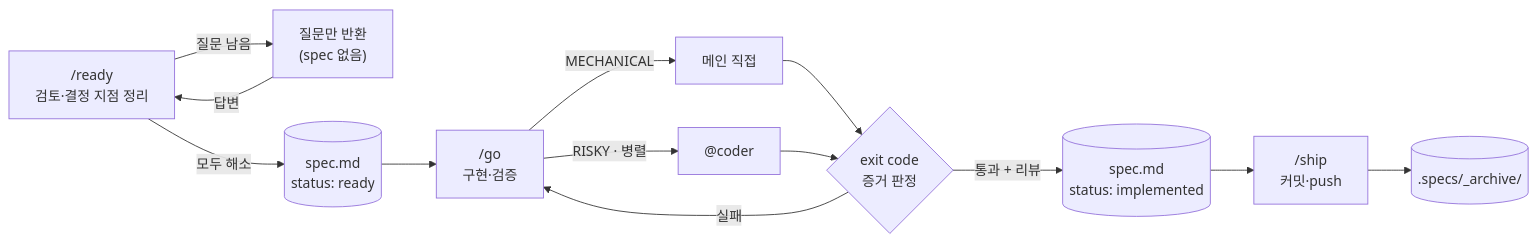
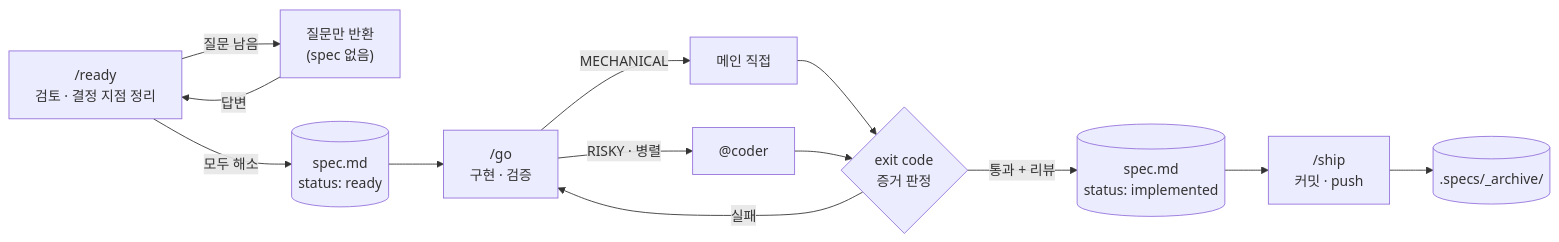
The second of 2 diagrams in README.md (95hyun/my-machina), drawn with Mermaid before and after one commit. The commit also changed other lines of this file and 3 other files, not shown here.

````diff
--- a/README.md
+++ b/README.md
@@ -76,15 +101,15 @@
 ```mermaid
 flowchart LR
-    R["/ready<br/>검토·결정 지점 정리"] -->|질문 남음| Q["질문만 반환<br/>(spec 없음)"]
+    R["/ready<br/>검토 · 결정 지점 정리"] -->|질문 남음| Q["질문만 반환<br/>(spec 없음)"]
     Q -->|답변| R
     R -->|모두 해소| S[("spec.md<br/>status: ready")]
-    S --> G["/go<br/>구현·검증"]
+    S --> G["/go<br/>구현 · 검증"]
     G -->|MECHANICAL| D[메인 직접]
     G -->|RISKY · 병렬| C["@coder"]
     D --> V{"exit code<br/>증거 판정"}
     C --> V
     V -->|실패| G
     V -->|통과 + 리뷰| I[("spec.md<br/>status: implemented")]
-    I --> SH["/ship<br/>커밋·push"]
+    I --> SH["/ship<br/>커밋 · push"]
     SH --> A[(".specs/_archive/")]
 ```
````
